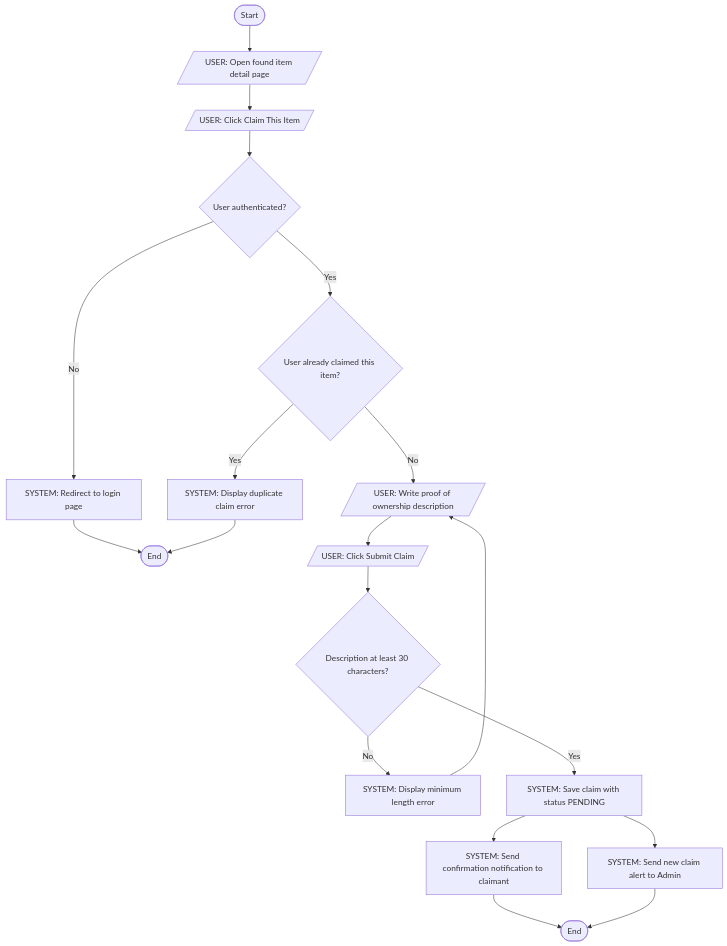
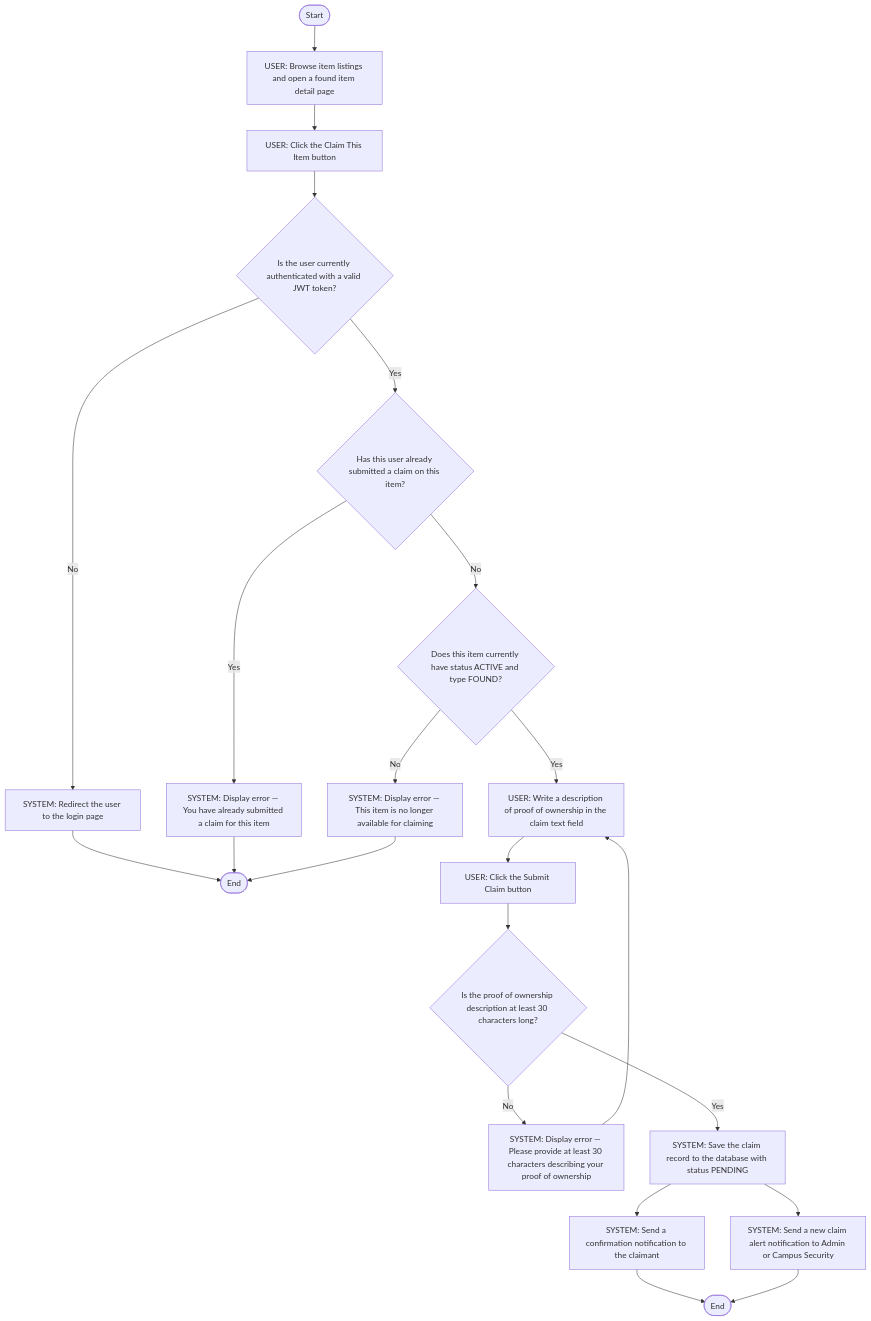
One commit to Skiet88/campus-lost-and-found changed the fourth of 8 diagrams in ACTIVITY_DIAGRAMS.md. Above: the diagram before and after it, drawn with Mermaid. The commit also changed other lines of this file, not shown here.

````diff
--- a/ACTIVITY_DIAGRAMS.md
+++ b/ACTIVITY_DIAGRAMS.md
@@ -131,23 +128,25 @@
 ```mermaid
 flowchart TD
-    S([Start]) --> A
-
-    A[/"USER: Open found item detail page"/]
-    A --> B[/"USER: Click Claim This Item"/]
-    B --> C{User authenticated?}
-    C -->|No| D["SYSTEM: Redirect to login page"]
-    D --> E1([End])
-    C -->|Yes| E{User already claimed this item?}
-    E -->|Yes| F["SYSTEM: Display duplicate claim error"]
-    F --> E1
-    E -->|No| G[/"USER: Write proof of ownership description"/]
-    G --> H[/"USER: Click Submit Claim"/]
-    H --> I{Description at least 30 characters?}
-    I -->|No| J["SYSTEM: Display minimum length error"]
-    J --> G
-    I -->|Yes| K["SYSTEM: Save claim with status PENDING"]
-    K --> L["SYSTEM: Send confirmation notification to claimant"]
-    K --> M["SYSTEM: Send new claim alert to Admin"]
-    L --> E2([End])
-    M --> E2
+    S([Start]) --> A1
+    A1["USER: Browse item listings and open a found item detail page"]
+    A1 --> A2["USER: Click the Claim This Item button"]
+    A2 --> D1{Is the user currently authenticated with a valid JWT token?}
+    D1 -->|No| A3["SYSTEM: Redirect the user to the login page"]
+    A3 --> E1([End])
+    D1 -->|Yes| D2{Has this user already submitted a claim on this item?}
+    D2 -->|Yes| A4["SYSTEM: Display error — You have already submitted a claim for this item"]
+    A4 --> E1
+    D2 -->|No| D3{Does this item currently have status ACTIVE and type FOUND?}
+    D3 -->|No| A5["SYSTEM: Display error — This item is no longer available for claiming"]
+    A5 --> E1
+    D3 -->|Yes| A6["USER: Write a description of proof of ownership in the claim text field"]
+    A6 --> A7["USER: Click the Submit Claim button"]
+    A7 --> D4{Is the proof of ownership description at least 30 characters long?}
+    D4 -->|No| A8["SYSTEM: Display error — Please provide at least 30 characters describing your proof of ownership"]
+    A8 --> A6
+    D4 -->|Yes| A9["SYSTEM: Save the claim record to the database with status PENDING"]
+    A9 --> A10["SYSTEM: Send a confirmation notification to the claimant"]
+    A9 --> A11["SYSTEM: Send a new claim alert notification to Admin or Campus Security"]
+    A10 --> E2([End])
+    A11 --> E2
 ```
````
